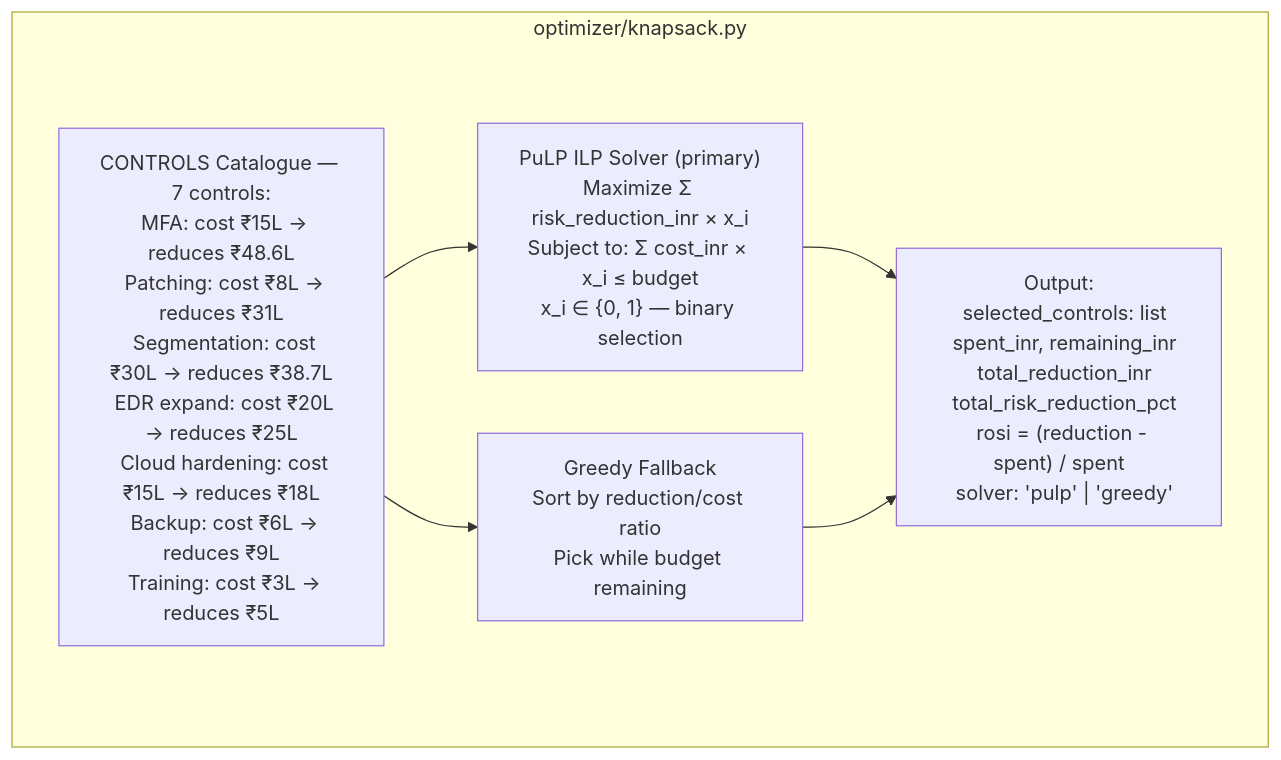
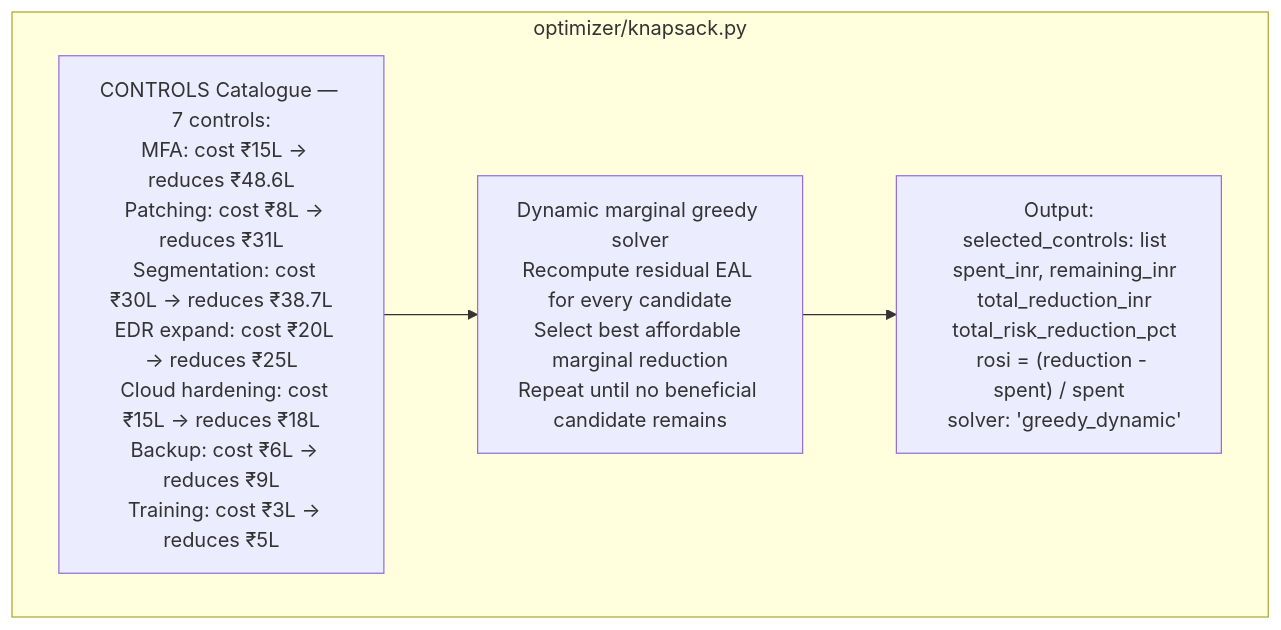
One commit to JashwanthMU/CRISPR changed the seventh of 16 diagrams in docs/architecture/system_architecture.md. Above: the diagram before and after it, drawn with Mermaid. The commit also changed other lines of this file and 30 other files, not shown here.

````diff
--- a/docs/architecture/system_architecture.md
+++ b/docs/architecture/system_architecture.md
@@ -298,17 +298,13 @@
 ```mermaid
 graph TD
     subgraph opt["optimizer/knapsack.py"]
         CAT["CONTROLS Catalogue — 7 controls:\n  MFA: cost ₹15L → reduces ₹48.6L\n  Patching: cost ₹8L → reduces ₹31L\n  Segmentation: cost ₹30L → reduces ₹38.7L\n  EDR expand: cost ₹20L → reduces ₹25L\n  Cloud hardening: cost ₹15L → reduces ₹18L\n  Backup: cost ₹6L → reduces ₹9L\n  Training: cost ₹3L → reduces ₹5L"]
 
-        PULP["PuLP ILP Solver (primary)\nMaximize Σ risk_reduction_inr × x_i\nSubject to: Σ cost_inr × x_i ≤ budget\nx_i ∈ {0, 1} — binary selection"]
+        GREED["Dynamic marginal greedy solver\nRecompute residual EAL for every candidate\nSelect best affordable marginal reduction\nRepeat until no beneficial candidate remains"]
 
-        GREED["Greedy Fallback\nSort by reduction/cost ratio\nPick while budget remaining"]
-
-        OUT["Output:\n  selected_controls: list\n  spent_inr, remaining_inr\n  total_reduction_inr\n  total_risk_reduction_pct\n  rosi = (reduction - spent) / spent\n  solver: 'pulp' | 'greedy'"]
+        OUT["Output:\n  selected_controls: list\n  spent_inr, remaining_inr\n  total_reduction_inr\n  total_risk_reduction_pct\n  rosi = (reduction - spent) / spent\n  solver: 'greedy_dynamic'"]
     end
 
-    CAT --> PULP
     CAT --> GREED
-    PULP --> OUT
     GREED --> OUT
 ```
````
